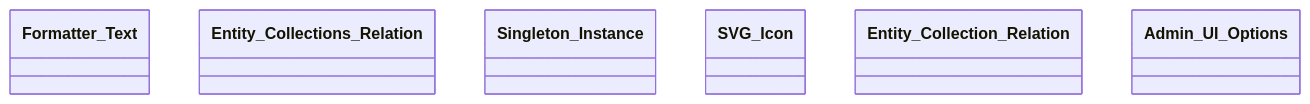
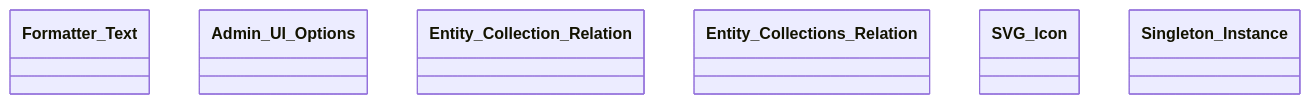
One commit to tainacan/tainacan changed diagram 13 of 13 in docs/phpdoc/Home.md. Above: the diagram before and after it, drawn with Mermaid. The commit also changed other lines of this file and 73 other files, not shown here.

````diff
--- a/docs/phpdoc/Home.md
+++ b/docs/phpdoc/Home.md
@@ -791,10 +757,10 @@
 ```mermaid
 classDiagram
     direction TB
     class Formatter_Text { }
+    class Admin_UI_Options { }
+    class Entity_Collection_Relation { }
     class Entity_Collections_Relation { }
+    class SVG_Icon { }
     class Singleton_Instance { }
-    class SVG_Icon { }
-    class Entity_Collection_Relation { }
-    class Admin_UI_Options { }
 ```
````
